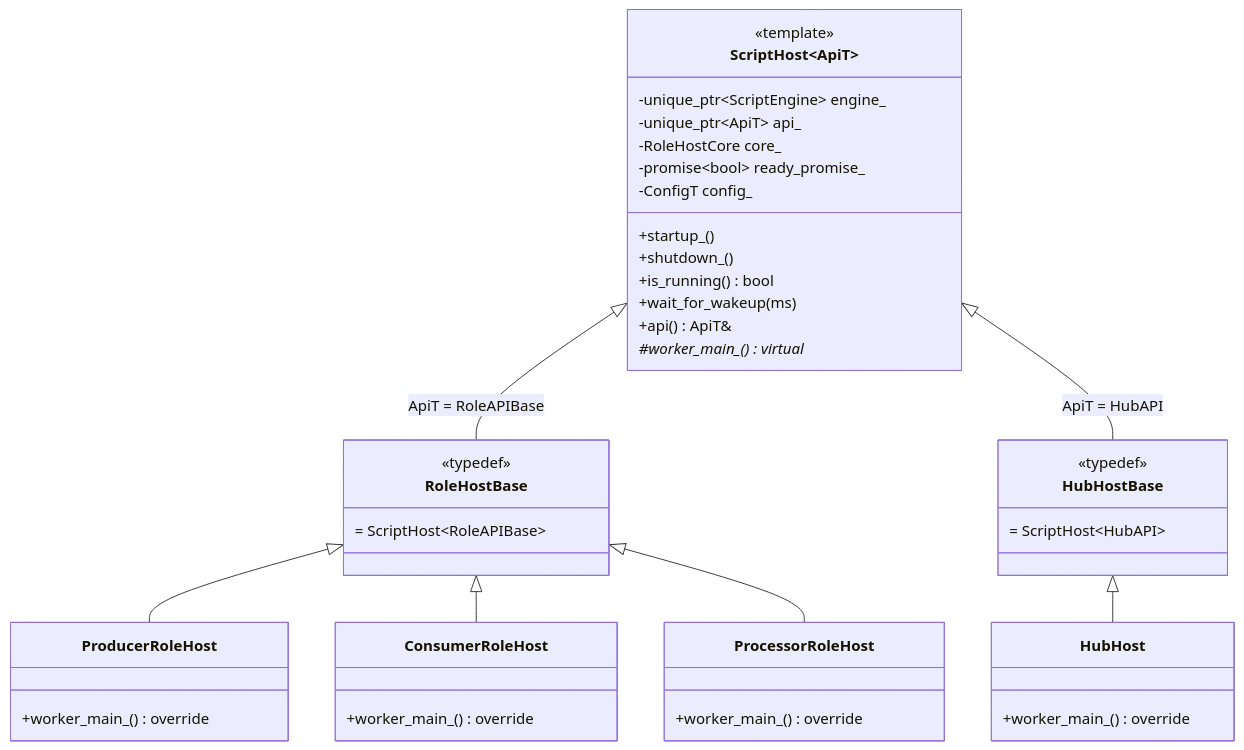
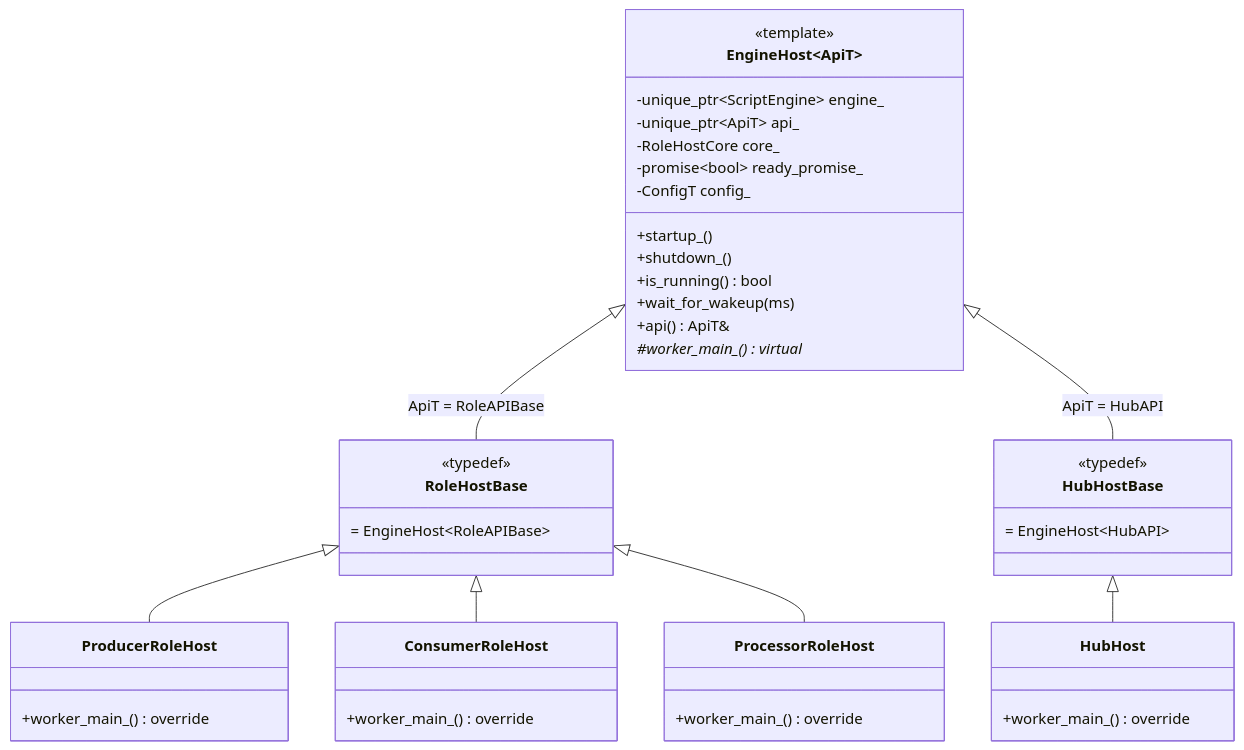
One commit to Qing-LAB/pylabhub changed the third of 6 diagrams in docs/tech_draft/HUB_CHARACTER_PREREQUISITES.md. Above: the diagram before and after it, drawn with Mermaid. The commit also changed other lines of this file and 14 other files, not shown here.

````diff
--- a/docs/tech_draft/HUB_CHARACTER_PREREQUISITES.md
+++ b/docs/tech_draft/HUB_CHARACTER_PREREQUISITES.md
@@ -171,43 +171,43 @@
 ```mermaid
 classDiagram
-    class ScriptHost~ApiT~ {
+    class EngineHost~ApiT~ {
         <<template>>
         -unique_ptr~ScriptEngine~ engine_
         -unique_ptr~ApiT~ api_
         -RoleHostCore core_
         -promise~bool~ ready_promise_
         -ConfigT config_
         +startup_()
         +shutdown_()
         +is_running() bool
         +wait_for_wakeup(ms)
         +api() ApiT&
         #worker_main_()* virtual
     }
     class RoleHostBase {
         <<typedef>>
-        = ScriptHost~RoleAPIBase~
+        = EngineHost~RoleAPIBase~
     }
     class HubHostBase {
         <<typedef>>
-        = ScriptHost~HubAPI~
+        = EngineHost~HubAPI~
     }
     class ProducerRoleHost {
         +worker_main_() override
     }
     class ConsumerRoleHost {
         +worker_main_() override
     }
     class ProcessorRoleHost {
         +worker_main_() override
     }
     class HubHost {
         +worker_main_() override
     }
-    ScriptHost <|-- RoleHostBase : ApiT = RoleAPIBase
-    ScriptHost <|-- HubHostBase : ApiT = HubAPI
+    EngineHost <|-- RoleHostBase : ApiT = RoleAPIBase
+    EngineHost <|-- HubHostBase : ApiT = HubAPI
     RoleHostBase <|-- ProducerRoleHost
     RoleHostBase <|-- ConsumerRoleHost
     RoleHostBase <|-- ProcessorRoleHost
     HubHostBase <|-- HubHost
 ```
````
